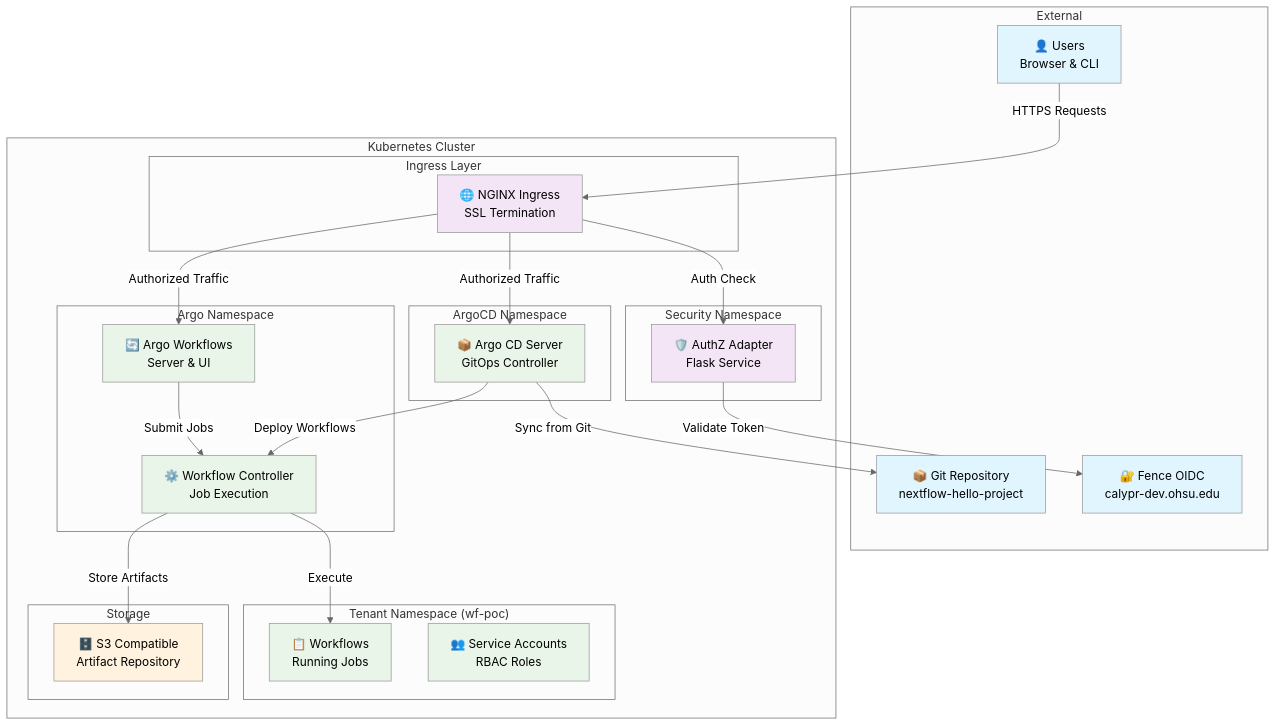
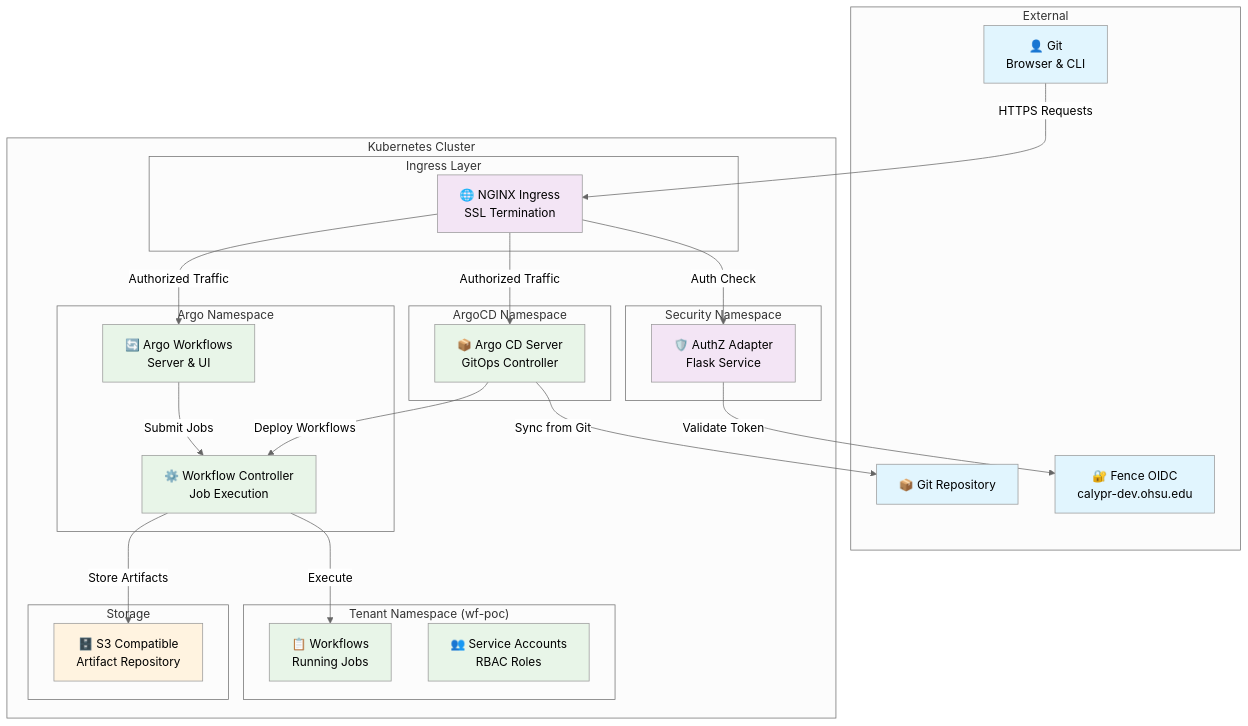
One commit to calypr/argo-helm changed the second of 2 diagrams in README.md. Above: the diagram before and after it, drawn with Mermaid (neutral theme). The commit also changed other lines of this file and 5 other files, not shown here.

````diff
--- a/README.md
+++ b/README.md
@@ -95,63 +76,63 @@
 ```mermaid
 graph TB
     subgraph "External"
-        U[👤 Users<br/>Browser & CLI]
-        GH[📦 Git Repository<br/>nextflow-hello-project]
+        U[👤 Git<br/>Browser & CLI]
+        GH[📦 Git Repository]
         FENCE[🔐 Fence OIDC<br/>calypr-dev.ohsu.edu]
     end
 
     subgraph "Kubernetes Cluster"
         subgraph "Ingress Layer"
             NG[🌐 NGINX Ingress<br/>SSL Termination]
         end
         
         subgraph "Security Namespace"
             AD[🛡️ AuthZ Adapter<br/>Flask Service]
         end
         
         subgraph "ArgoCD Namespace"
             ACD[📦 Argo CD Server<br/>GitOps Controller]
         end
         
         subgraph "Argo Namespace"
             AWS[🔄 Argo Workflows<br/>Server & UI]
             AWC[⚙️ Workflow Controller<br/>Job Execution]
         end
         
         subgraph "Tenant Namespace (wf-poc)"
             WF[📋 Workflows<br/>Running Jobs]
             SA[👥 Service Accounts<br/>RBAC Roles]
         end
         
         subgraph "Storage"
             S3[🗄️ S3 Compatible<br/>Artifact Repository]
         end
     end
 
     %% User flows
     U -->|HTTPS Requests| NG
     NG -->|Auth Check| AD
     AD -->|Validate Token| FENCE
     
     %% Service routing
     NG -->|Authorized Traffic| ACD
     NG -->|Authorized Traffic| AWS
     
     %% Internal workflows
     ACD -->|Deploy Workflows| AWC
     AWS -->|Submit Jobs| AWC
     AWC -->|Execute| WF
     AWC -->|Store Artifacts| S3
     ACD -->|Sync from Git| GH
 
     %% Styling
     classDef external fill:#e1f5fe
     classDef security fill:#f3e5f5
     classDef argo fill:#e8f5e8
     classDef storage fill:#fff3e0
     
     class U,GH,FENCE external
     class AD,NG security
     class ACD,AWS,AWC,WF,SA argo
     class S3 storage
 ```
````
